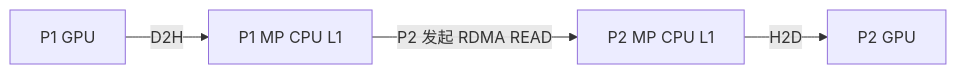
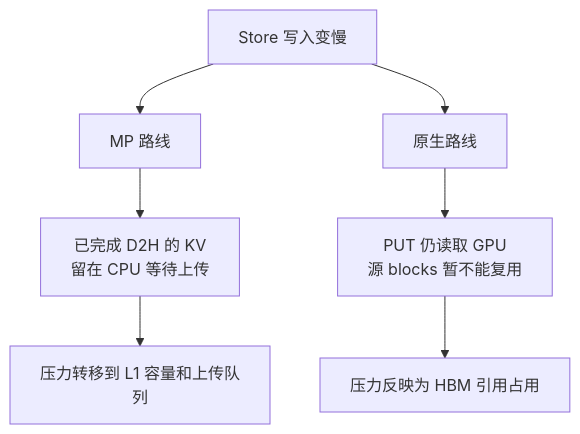
Before and after one commit to Jasen2201/ATOM: diagram 19 of 21 in docs/atom_shared_kv_research_20260922.md, drawn with Mermaid. The commit also changed other lines of this file, not shown here.

````diff
--- a/docs/atom_shared_kv_research_20260922.md
+++ b/docs/atom_shared_kv_research_20260922.md
@@ -329,6 +573,10 @@
 ```mermaid
-flowchart LR
-    P1G["P1 GPU"] -->|"D2H"| P1C["P1 MP CPU L1"]
-    P1C -->|"P2 发起 RDMA READ"| P2C["P2 MP CPU L1"]
-    P2C -->|"H2D"| P2G["P2 GPU"]
+flowchart TB
+    Slow["Store 写入变慢"]
+    Slow --> MP["MP 路线"]
+    MP --> CPU["已完成 D2H 的 KV<br/>留在 CPU 等待上传"]
+    CPU --> CPressure["压力转移到 L1 容量和上传队列"]
+    Slow --> Native["原生路线"]
+    Native --> HBM["PUT 仍读取 GPU<br/>源 blocks 暂不能复用"]
+    HBM --> GPressure["压力反映为 HBM 引用占用"]
 ```
````
